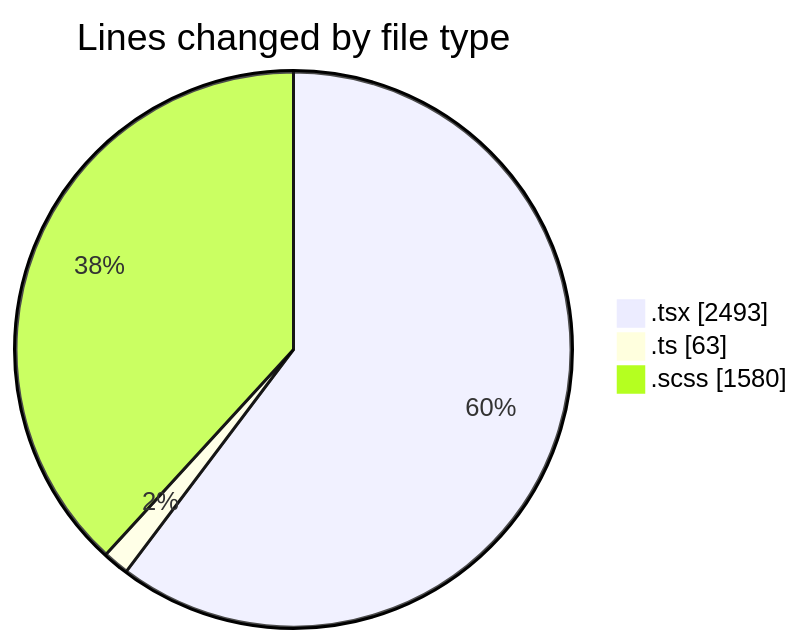
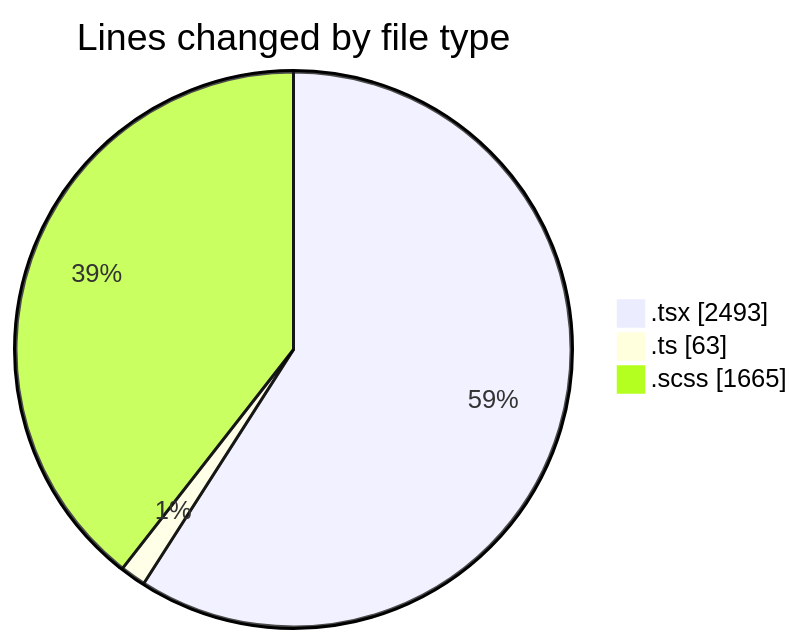
Before and after one commit to momahboobian/code-tracking: the first of 2 diagrams in 2025-04-02/cda/README.md, drawn with Mermaid. The commit also changed other lines of this file and 1 other file, not shown here.

````diff
--- a/2025-04-02/cda/README.md
+++ b/2025-04-02/cda/README.md
@@ -30,7 +30,7 @@
 ```mermaid
 pie showData
 title Lines changed by file type
 ".tsx" : 2493
 ".ts" : 63
-".scss" : 1580
+".scss" : 1665
 ```
````
